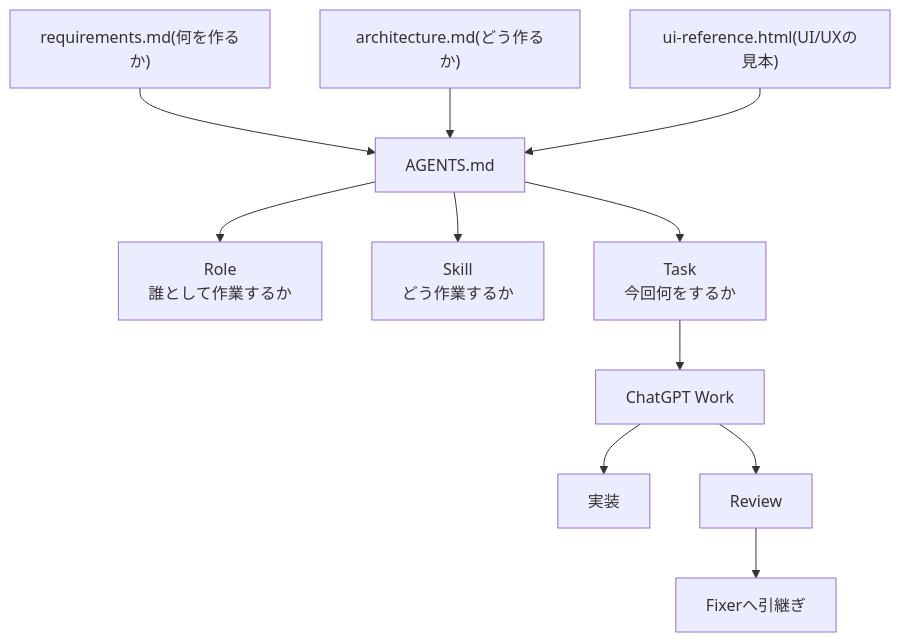
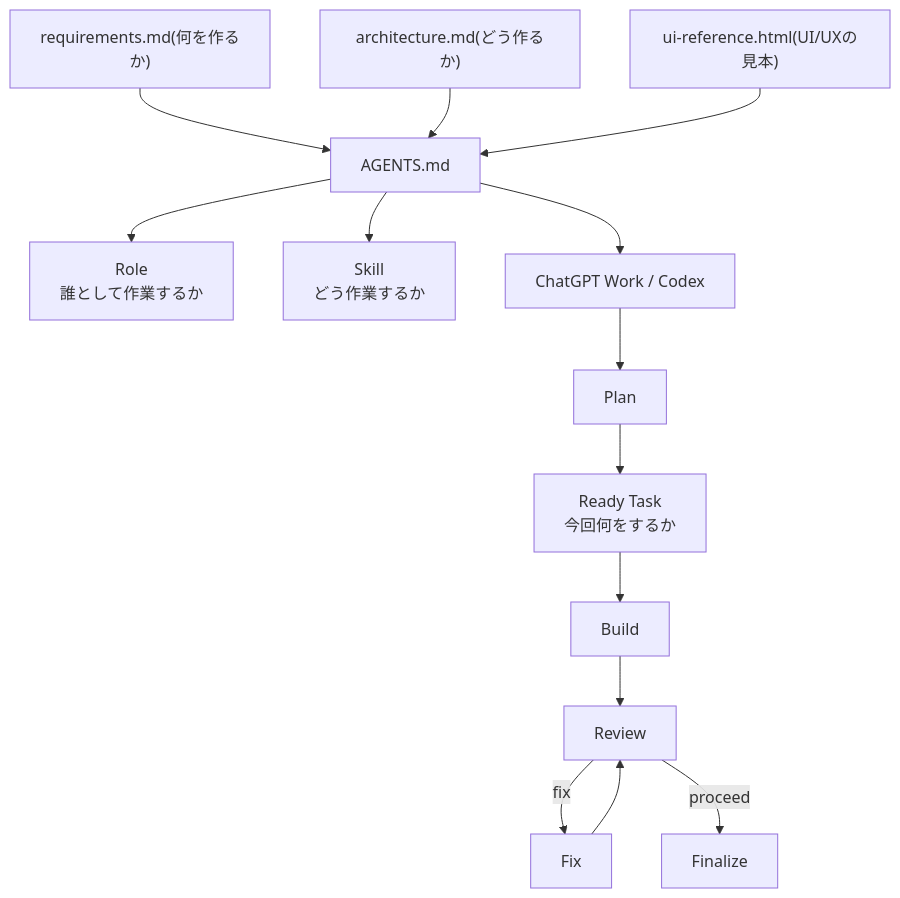
The diagram in AI/Readme.md (FujiJPProject/IPAStudyApp), drawn with Mermaid before and after one commit. The commit also changed other lines of this file and 17 other files, not shown here.

````diff
--- a/AI/Readme.md
+++ b/AI/Readme.md
@@ -15,20 +15,22 @@
 ```mermaid
 flowchart TD
     A["requirements.md(何を作るか)"]
     B["architecture.md(どう作るか)"]
     C["ui-reference.html(UI/UXの見本)"]
     D["AGENTS.md"]
 
     A --> D
     B --> D
     C --> D
 
     D --> R["Role<br/>誰として作業するか"]
     D --> S["Skill<br/>どう作業するか"]
-    D --> T["Task<br/>今回何をするか"]
-
-    T --> W["ChatGPT Work"]
-    W --> I["実装"]
-    W --> V["Review"]
-    V --> F["Fixerへ引継ぎ"]
+    D --> X["ChatGPT Work / Codex"]
+    X --> P["Plan"]
+    P --> T["Ready Task<br/>今回何をするか"]
+    T --> I["Build"]
+    I --> V["Review"]
+    V -->|"fix"| F["Fix"]
+    F --> V
+    V -->|"proceed"| Z["Finalize"]
 ```
````
